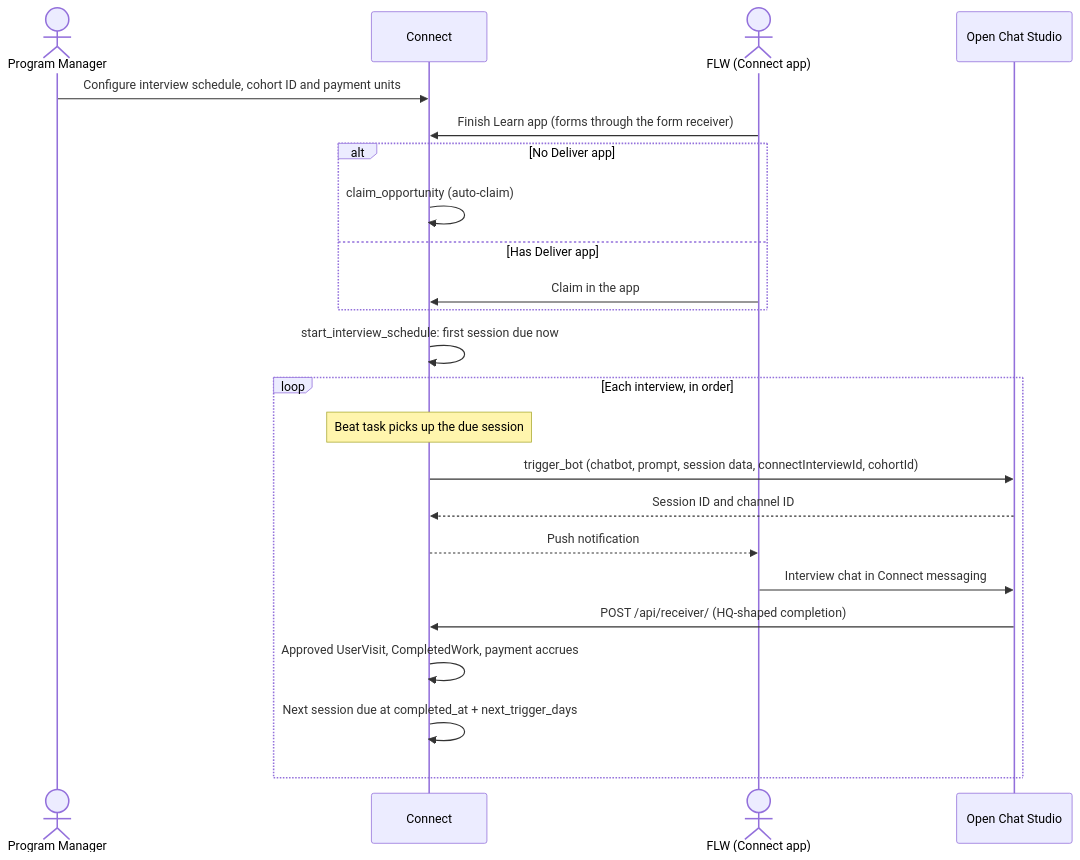
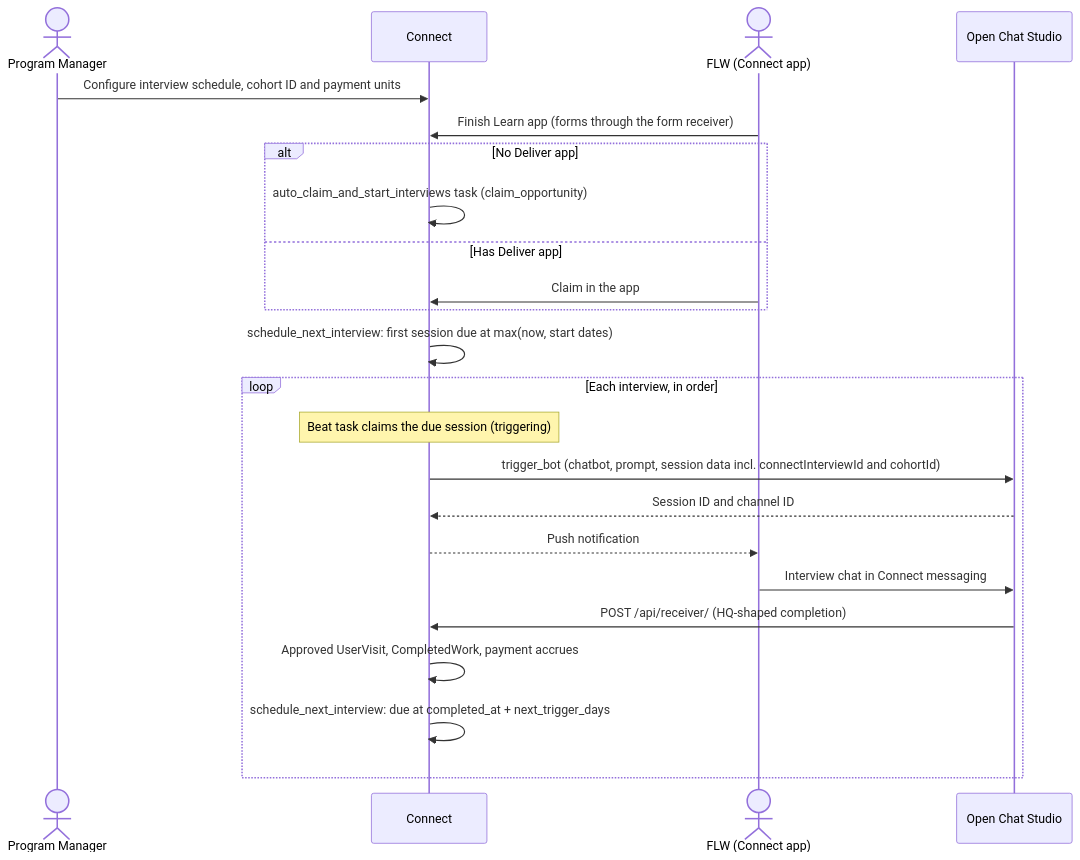
One commit to dimagi/commcare-connect changed the diagram in outputs/CCCT-2861-spec-doc.md. Above: the diagram before and after it, drawn with Mermaid. The commit also changed other lines of this file, not shown here.

````diff
--- a/outputs/CCCT-2861-spec-doc.md
+++ b/outputs/CCCT-2861-spec-doc.md
@@ -43,26 +43,26 @@
 ```mermaid
 sequenceDiagram
     actor PM as Program Manager
     participant C as Connect
     actor FLW as FLW (Connect app)
     participant OCS as Open Chat Studio
 
     PM->>C: Configure interview schedule, cohort ID and payment units
     FLW->>C: Finish Learn app (forms through the form receiver)
     alt No Deliver app
-        C->>C: claim_opportunity (auto-claim)
+        C->>C: auto_claim_and_start_interviews task (claim_opportunity)
     else Has Deliver app
         FLW->>C: Claim in the app
     end
-    C->>C: start_interview_schedule: first session due now
+    C->>C: schedule_next_interview: first session due at max(now, start dates)
     loop Each interview, in order
-        Note over C: Beat task picks up the due session
-        C->>OCS: trigger_bot (chatbot, prompt, session data, connectInterviewId, cohortId)
+        Note over C: Beat task claims the due session (triggering)
+        C->>OCS: trigger_bot (chatbot, prompt, session data incl. connectInterviewId and cohortId)
         OCS-->>C: Session ID and channel ID
         C-->>FLW: Push notification
         FLW->>OCS: Interview chat in Connect messaging
         OCS->>C: POST /api/receiver/ (HQ-shaped completion)
         C->>C: Approved UserVisit, CompletedWork, payment accrues
-        C->>C: Next session due at completed_at + next_trigger_days
+        C->>C: schedule_next_interview: due at completed_at + next_trigger_days
     end
 ```
````
